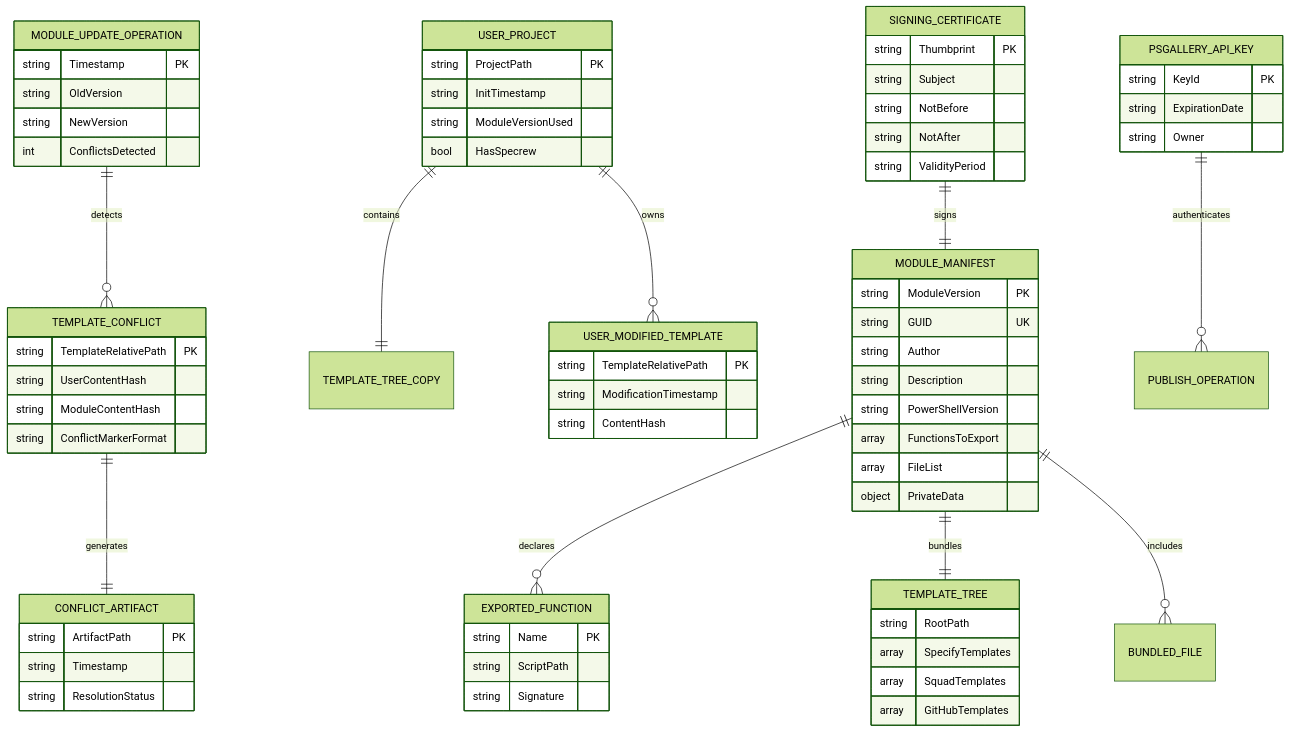
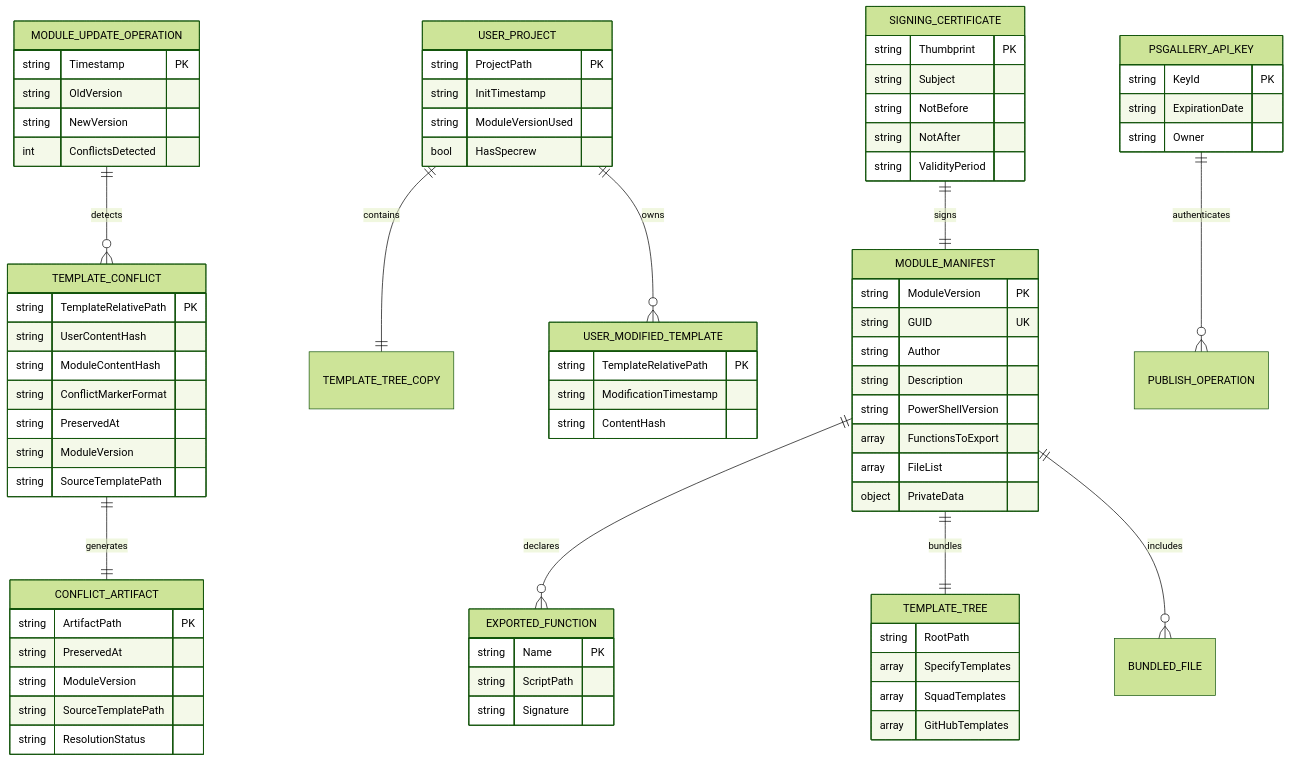
The diagram in specs/019-specrew-distribution-module/data-model.md (alonf/specrew), drawn with Mermaid (forest theme) before and after one commit. The commit also changed other lines of this file and 5 other files, not shown here.

```diff
--- a/specs/019-specrew-distribution-module/data-model.md
+++ b/specs/019-specrew-distribution-module/data-model.md
@@ -72,11 +72,16 @@
         string UserContentHash
         string ModuleContentHash
         string ConflictMarkerFormat
+        string PreservedAt
+        string ModuleVersion
+        string SourceTemplatePath
     }
     
     CONFLICT_ARTIFACT {
         string ArtifactPath PK
-        string Timestamp
+        string PreservedAt
+        string ModuleVersion
+        string SourceTemplatePath
         string ResolutionStatus
     }
     
```
